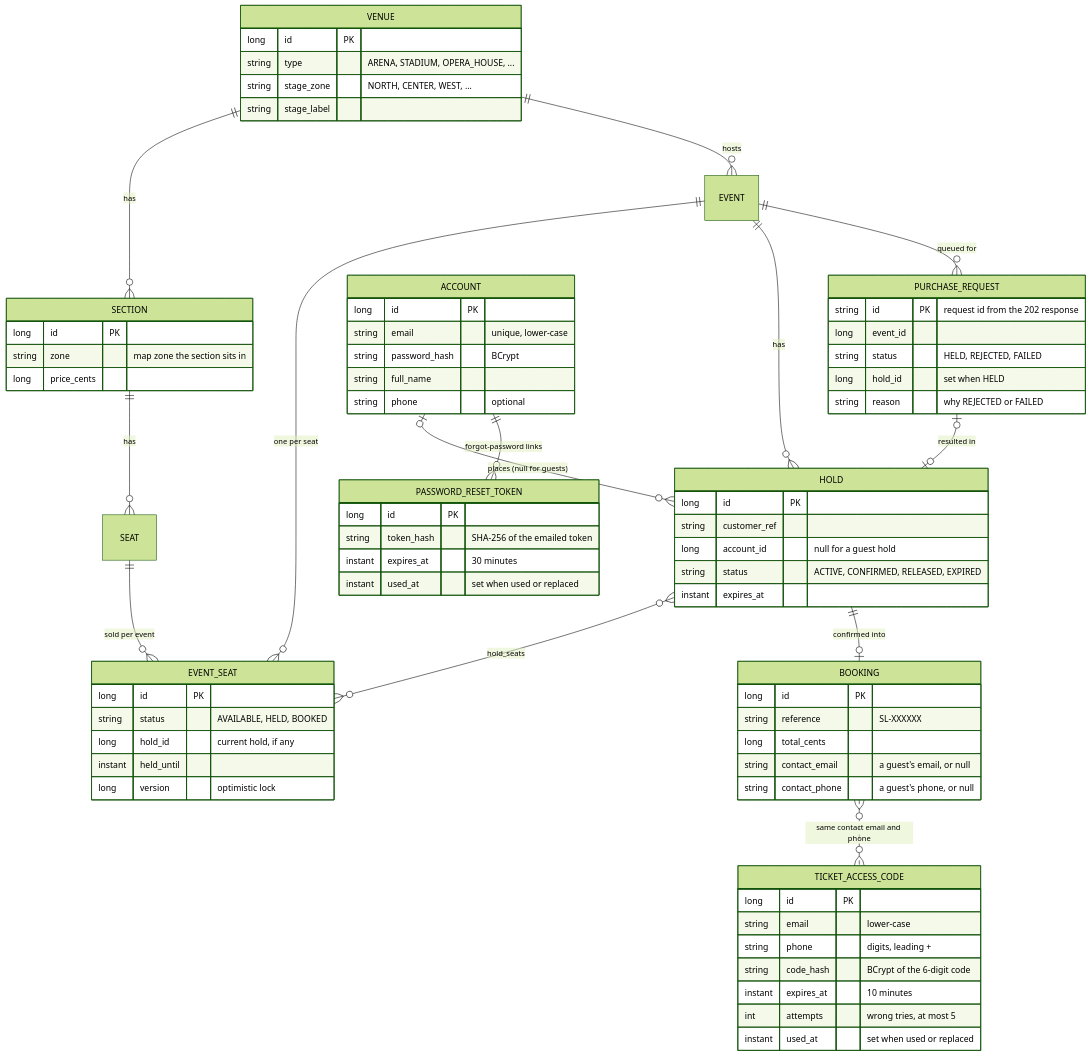
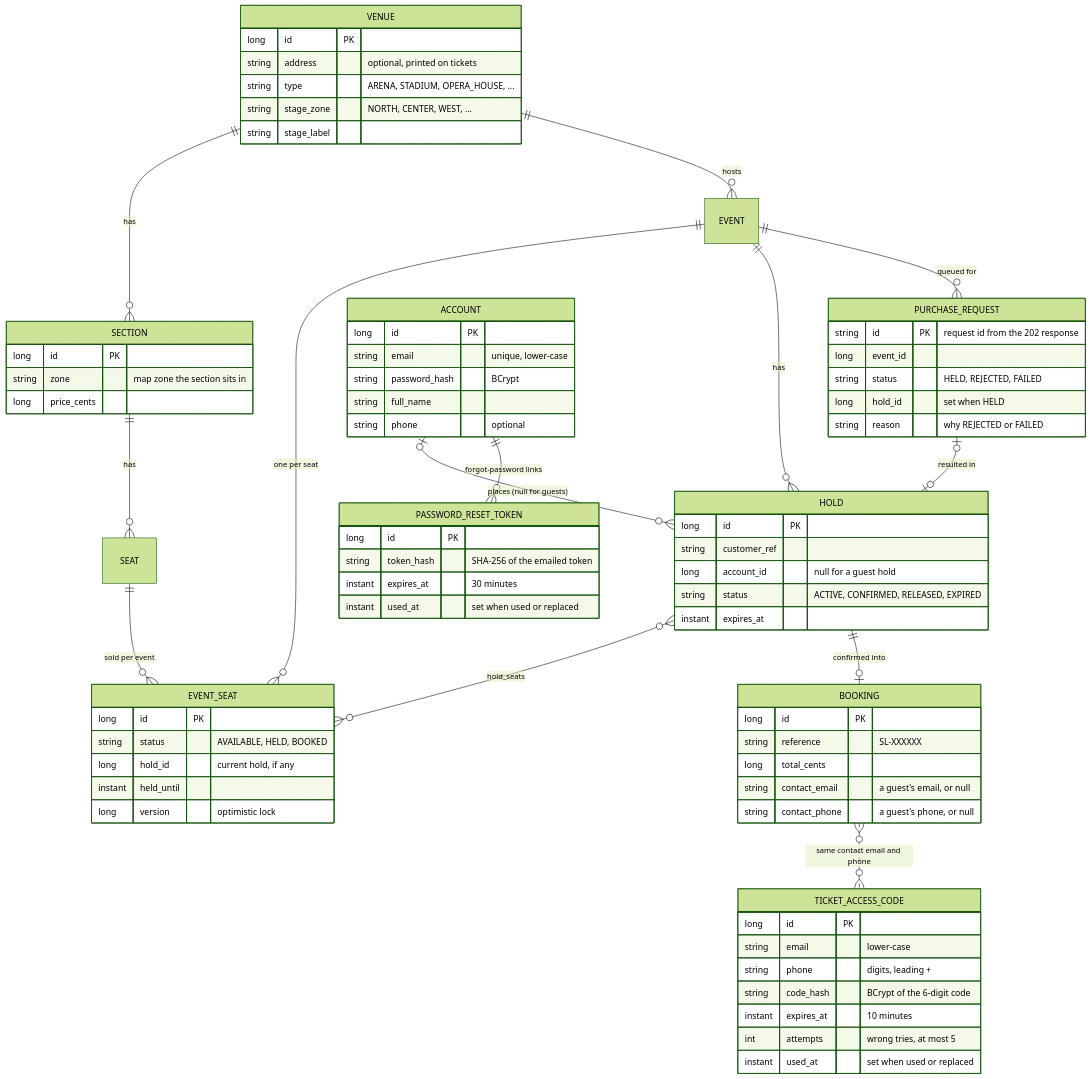
One commit to mohanarevarapu-commits/SeatLock changed the second of 8 diagrams in docs/ARCHITECTURE.md. Above: the diagram before and after it, drawn with Mermaid (forest theme). The commit also changed other lines of this file and 4 other files, not shown here.

First line of the commit message:
Docs: bring the architecture guide up to date for 0.7.0-0.9.0

````diff
--- a/docs/ARCHITECTURE.md
+++ b/docs/ARCHITECTURE.md
@@ -95,78 +109,79 @@
 ```mermaid
 erDiagram
     VENUE {
         long id PK
+        string address "optional, printed on tickets"
         string type "ARENA, STADIUM, OPERA_HOUSE, ..."
         string stage_zone "NORTH, CENTER, WEST, ..."
         string stage_label
     }
     SECTION {
         long id PK
         string zone "map zone the section sits in"
         long price_cents
     }
     VENUE ||--o{ SECTION : has
     SECTION ||--o{ SEAT : has
     VENUE ||--o{ EVENT : hosts
     EVENT ||--o{ EVENT_SEAT : "one per seat"
     SEAT ||--o{ EVENT_SEAT : "sold per event"
     EVENT ||--o{ HOLD : has
     HOLD }o--o{ EVENT_SEAT : "hold_seats"
     HOLD ||--o| BOOKING : "confirmed into"
     EVENT ||--o{ PURCHASE_REQUEST : "queued for"
     PURCHASE_REQUEST |o--o| HOLD : "resulted in"
     ACCOUNT |o--o{ HOLD : "places (null for guests)"
     ACCOUNT ||--o{ PASSWORD_RESET_TOKEN : "forgot-password links"
     BOOKING }o..o{ TICKET_ACCESS_CODE : "same contact email and phone"
 
     EVENT_SEAT {
         long id PK
         string status "AVAILABLE, HELD, BOOKED"
         long hold_id "current hold, if any"
         instant held_until
         long version "optimistic lock"
     }
     HOLD {
         long id PK
         string customer_ref
         long account_id "null for a guest hold"
         string status "ACTIVE, CONFIRMED, RELEASED, EXPIRED"
         instant expires_at
     }
     BOOKING {
         long id PK
         string reference "SL-XXXXXX"
         long total_cents
         string contact_email "a guest's email, or null"
         string contact_phone "a guest's phone, or null"
     }
     ACCOUNT {
         long id PK
         string email "unique, lower-case"
         string password_hash "BCrypt"
         string full_name
         string phone "optional"
     }
     PASSWORD_RESET_TOKEN {
         long id PK
         string token_hash "SHA-256 of the emailed token"
         instant expires_at "30 minutes"
         instant used_at "set when used or replaced"
     }
     TICKET_ACCESS_CODE {
         long id PK
         string email "lower-case"
         string phone "digits, leading +"
         string code_hash "BCrypt of the 6-digit code"
         instant expires_at "10 minutes"
         int attempts "wrong tries, at most 5"
         instant used_at "set when used or replaced"
     }
     PURCHASE_REQUEST {
         string id PK "request id from the 202 response"
         long event_id
         string status "HELD, REJECTED, FAILED"
         long hold_id "set when HELD"
         string reason "why REJECTED or FAILED"
     }
 ```
````
